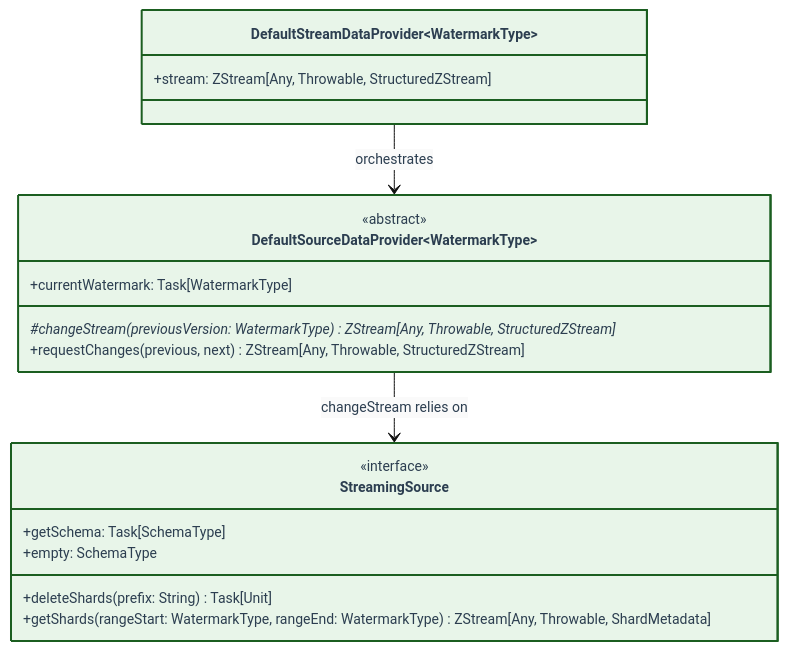
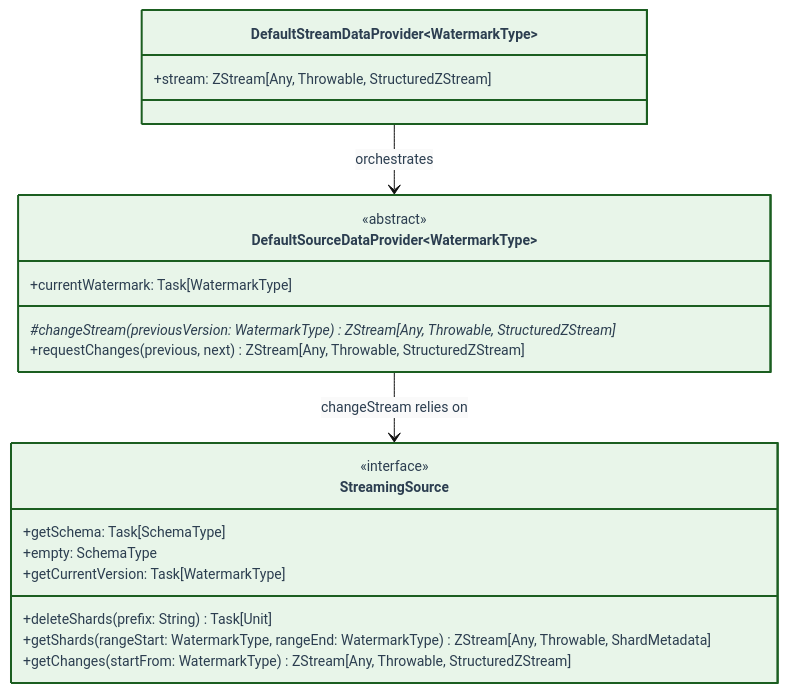
One commit to SneaksAndData/arcane-framework-scala changed the second of 3 diagrams in docs/class_diagram.md. Above: the diagram before and after it, drawn with Mermaid. The commit also changed other lines of this file, not shown here.

````diff
--- a/docs/class_diagram.md
+++ b/docs/class_diagram.md
@@ -65,45 +65,47 @@
 ```mermaid
 %%{init: {
   "theme": "base",
   "themeVariables": {
     "primaryColor": "#fafafa",
     "primaryTextColor": "#2c3e50",
     "primaryBorderColor": "#7f8c8d",
     "lineColor": "#111111",
     "arrowheadColor": "#111111",
     "secondaryColor": "#fdfdfd",
     "tertiaryColor": "#ffffff",
     "fontSize": "14px",
     "fontFamily": "Fira Code, Menlo, Monaco, Consolas, Courier New, monospace"
   },
   "class": {
     "curve": "linear"
   }
 } }%%
 classDiagram
     direction TB
 
     class DefaultStreamDataProvider~WatermarkType~ {
         +stream: ZStream[Any, Throwable, StructuredZStream]
     }
     class DefaultSourceDataProvider~WatermarkType~ {
         <<abstract>>
         #changeStream(previousVersion: WatermarkType) ZStream[Any, Throwable, StructuredZStream]*
         +requestChanges(previous, next) ZStream[Any, Throwable, StructuredZStream]
         +currentWatermark: Task[WatermarkType]
     }
     class StreamingSource {
         <<interface>>
         +getSchema: Task[SchemaType]
         +empty: SchemaType
         +deleteShards(prefix: String) Task[Unit]
         +getShards(rangeStart: WatermarkType, rangeEnd: WatermarkType) ZStream[Any, Throwable, ShardMetadata]
+        +getChanges(startFrom: WatermarkType) ZStream[Any, Throwable, StructuredZStream]
+        +getCurrentVersion: Task[WatermarkType]
     }
 
     DefaultStreamDataProvider --> DefaultSourceDataProvider : orchestrates
     DefaultSourceDataProvider --> StreamingSource : changeStream relies on
 
     style StreamingSource fill:#e8f5e9,stroke:#1b5e20,stroke-width:2px
     style DefaultStreamDataProvider fill:#e8f5e9,stroke:#1b5e20,stroke-width:2px
     style DefaultSourceDataProvider fill:#e8f5e9,stroke:#1b5e20,stroke-width:2px
 ```
````
